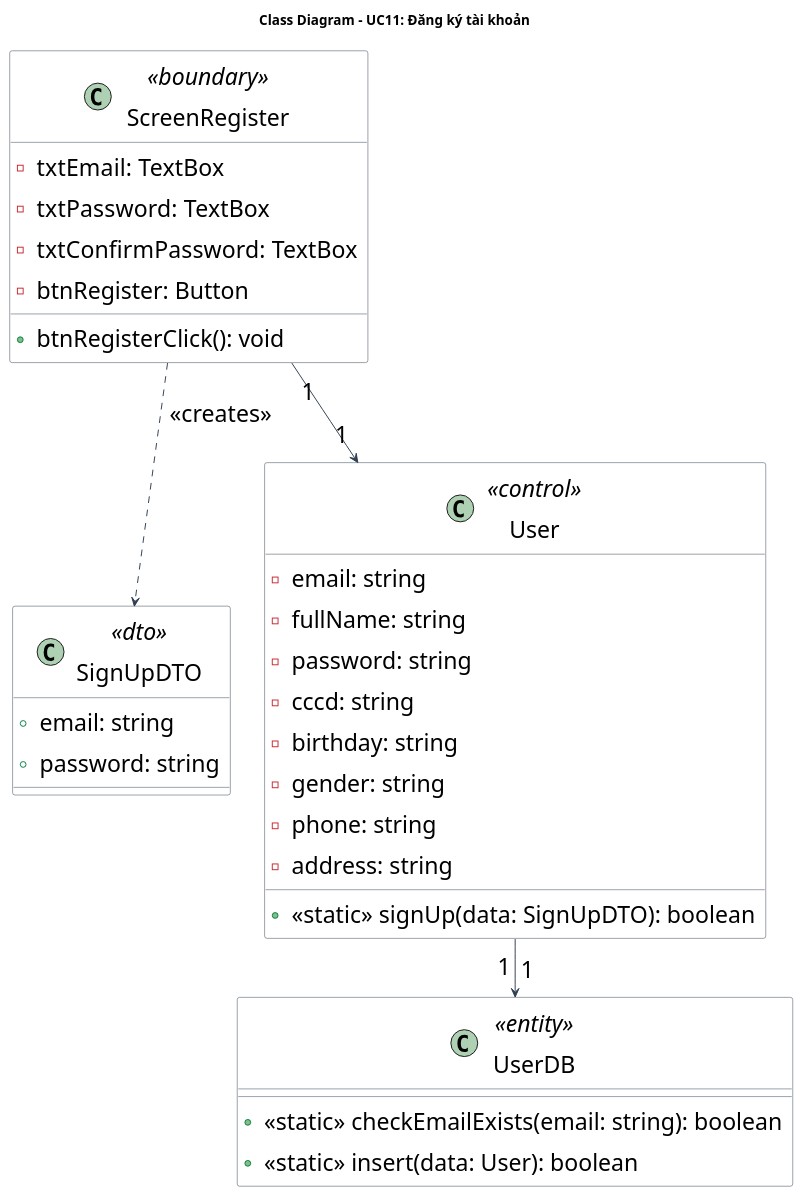
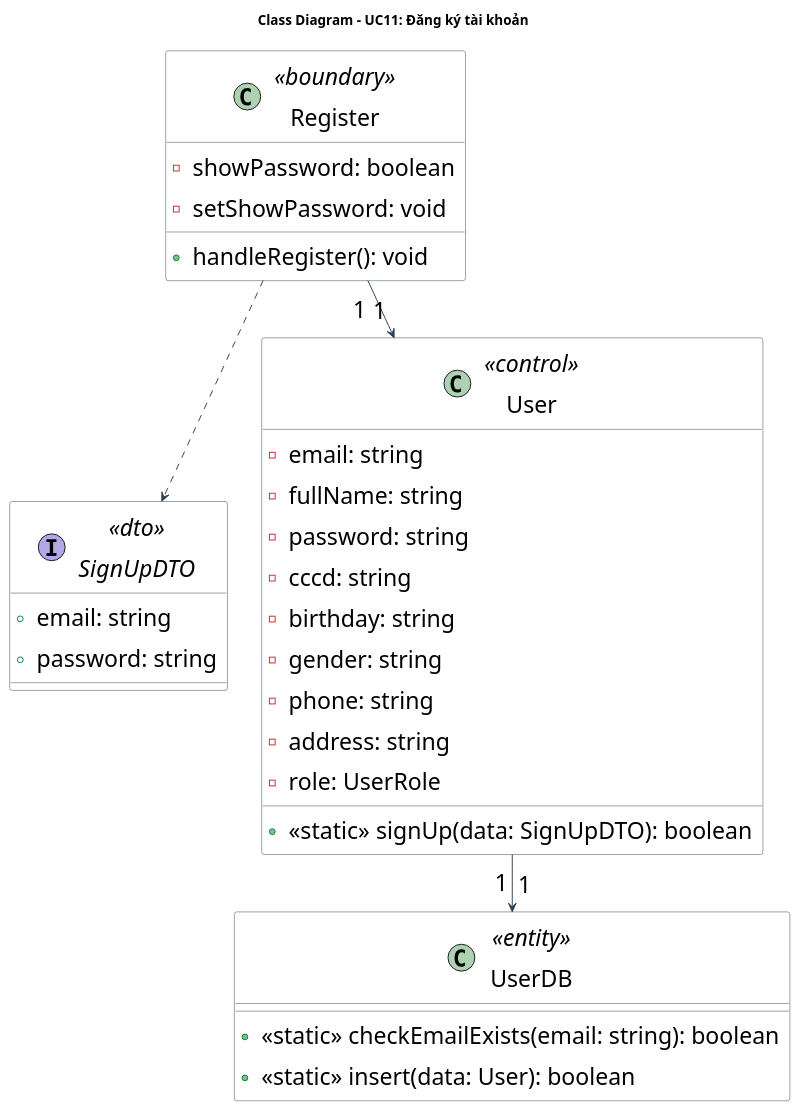
The diagram in doc/system/dang_ky_tai_khoan/DangKyTaiKhoan_ClassDiagram.wsd (Gnourt812005/HCMUS-Analyze-and-desgin-IS), drawn with PlantUML before and after one commit. The commit also changed other lines of this file and 19 other files, not shown here.

Commit message:
trong: update class and sequence usecase

```diff
--- a/doc/system/dang_ky_tai_khoan/DangKyTaiKhoan_ClassDiagram.wsd
+++ b/doc/system/dang_ky_tai_khoan/DangKyTaiKhoan_ClassDiagram.wsd
@@ -1,53 +1,52 @@
 @startuml DangKyTaiKhoan_ClassDiagram
 title Class Diagram - UC11: Đăng ký tài khoản
 
 ' --- STYLE CONFIGURATION ---
 skinparam {
     ClassBackgroundColor White
     ClassBorderColor #2D3E50
     ArrowColor #2D3E50
     DefaultFontName "Arial"
     DefaultFontSize 24
     Padding 5
 }
 
 ' --- BOUNDARY LAYER ---
-class "ScreenRegister" as ScreenRegister <<boundary>> {
-    - txtEmail: TextBox
-    - txtPassword: TextBox
-    - txtConfirmPassword: TextBox
-    - btnRegister: Button
-    + btnRegisterClick(): void
+class "Register" as Register <<boundary>> {
+    - showPassword: boolean
+    - setShowPassword: void
+    + handleRegister(): void
 }
 
 ' --- DTO LAYER ---
-class "SignUpDTO" as SignUpDTO <<dto>> {
+interface "SignUpDTO" as SignUpDTO <<dto>> {
     + email: string
     + password: string
 }
 
 ' --- BUSINESS LAYER ---
 class "User" as User <<control>> {
     - email: string
     - fullName: string
     - password: string
     - cccd: string
     - birthday: string
     - gender: string
     - phone: string
     - address: string
+    - role: UserRole
     + <<static>> signUp(data: SignUpDTO): boolean
 }
 
 ' --- DATABASE LAYER ---
 class "UserDB" as UserDB <<entity>> {
     + <<static>> checkEmailExists(email: string): boolean
     + <<static>> insert(data: User): boolean
 }
 
 ' --- RELATIONSHIPS ---
-ScreenRegister ..> SignUpDTO : <<creates>>
-ScreenRegister "1" --> "1" User
+Register ..> SignUpDTO
+Register "1" --> "1" User
 User "1" --> "1" UserDB
 
 @enduml
```
